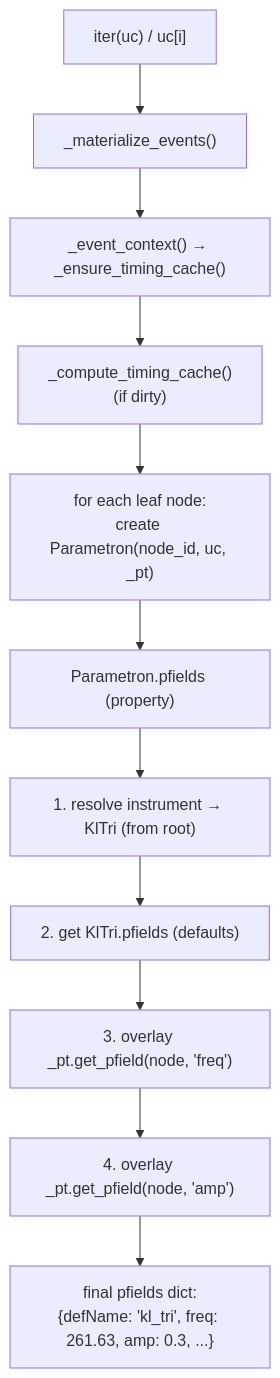
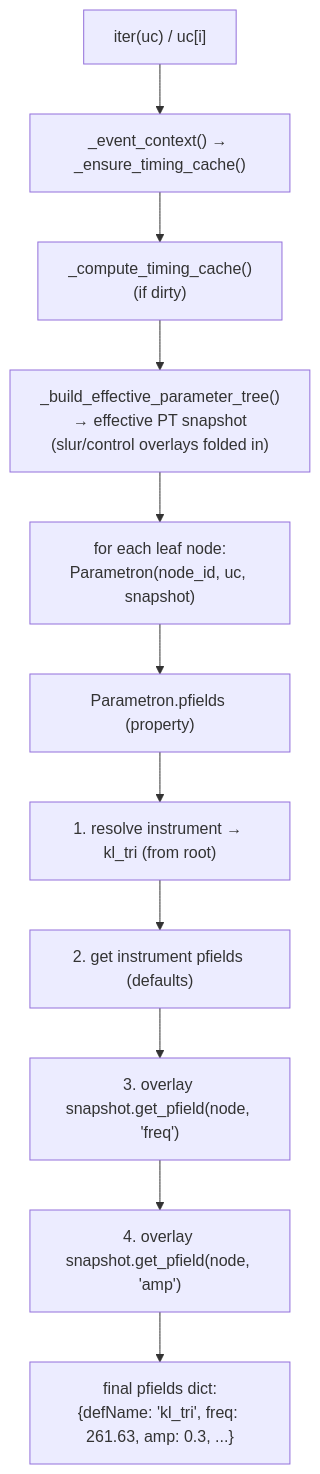
Before and after one commit to kr4g/Klotho: the sixth of 8 diagrams in docs/architecture/10_WALKTHROUGH.md, drawn with Mermaid. The commit also changed other lines of this file and 13 other files, not shown here.

First line of the commit message:
Overhaul architecture docs for Klotho 10.x API

````diff
--- a/docs/architecture/10_WALKTHROUGH.md
+++ b/docs/architecture/10_WALKTHROUGH.md
@@ -272,14 +279,14 @@
 ```mermaid
 flowchart TD
-    A["iter(uc) / uc[i]"] --> B["_materialize_events()"]
-    B --> C["_event_context() → _ensure_timing_cache()"]
-    C --> D["_compute_timing_cache()<br/>(if dirty)"]
-    D --> E["for each leaf node:<br/>create Parametron(node_id, uc, _pt)"]
+    A["iter(uc) / uc[i]"] --> B["_event_context() → _ensure_timing_cache()"]
+    B --> C["_compute_timing_cache()<br/>(if dirty)"]
+    C --> D["_build_effective_parameter_tree()<br/>→ effective PT snapshot<br/>(slur/control overlays folded in)"]
+    D --> E["for each leaf node:<br/>Parametron(node_id, uc, snapshot)"]
 
     E --> F["Parametron.pfields (property)"]
-    F --> G["1. resolve instrument → KlTri (from root)"]
-    G --> H["2. get KlTri.pfields (defaults)"]
-    H --> I["3. overlay _pt.get_pfield(node, 'freq')"]
-    I --> J["4. overlay _pt.get_pfield(node, 'amp')"]
+    F --> G["1. resolve instrument → kl_tri (from root)"]
+    G --> H["2. get instrument pfields (defaults)"]
+    H --> I["3. overlay snapshot.get_pfield(node, 'freq')"]
+    I --> J["4. overlay snapshot.get_pfield(node, 'amp')"]
     J --> K["final pfields dict:<br/>{defName: 'kl_tri', freq: 261.63, amp: 0.3, ...}"]
 ```
````
